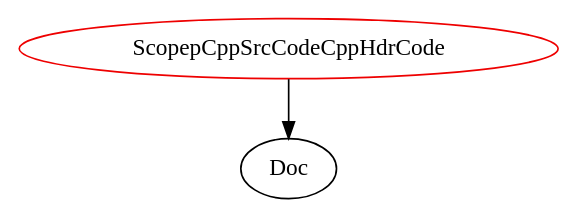
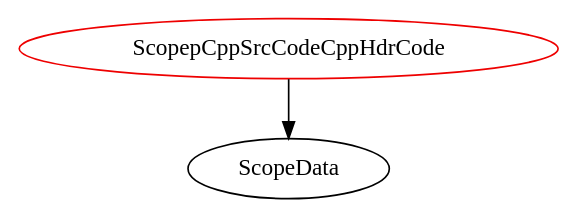
Before and after one commit to BilalM04/Drasil: the diagram in analysis/TypeDependencyGraphs/gool/ScopepCppSrcCodeCppHdrCode.dot, drawn with Graphviz. The commit also changed 10664 other files, not shown here.

```diff
--- a/analysis/TypeDependencyGraphs/gool/ScopepCppSrcCodeCppHdrCode.dot
+++ b/analysis/TypeDependencyGraphs/gool/ScopepCppSrcCodeCppHdrCode.dot
@@ -1,4 +1,4 @@
 digraph scopepcppsrccodecpphdrcode{
 ScopepCppSrcCodeCppHdrCode	[shape=oval, color=red2, label="ScopepCppSrcCodeCppHdrCode"];
-ScopepCppSrcCodeCppHdrCode -> Doc;
+ScopepCppSrcCodeCppHdrCode -> ScopeData;
 }
```
